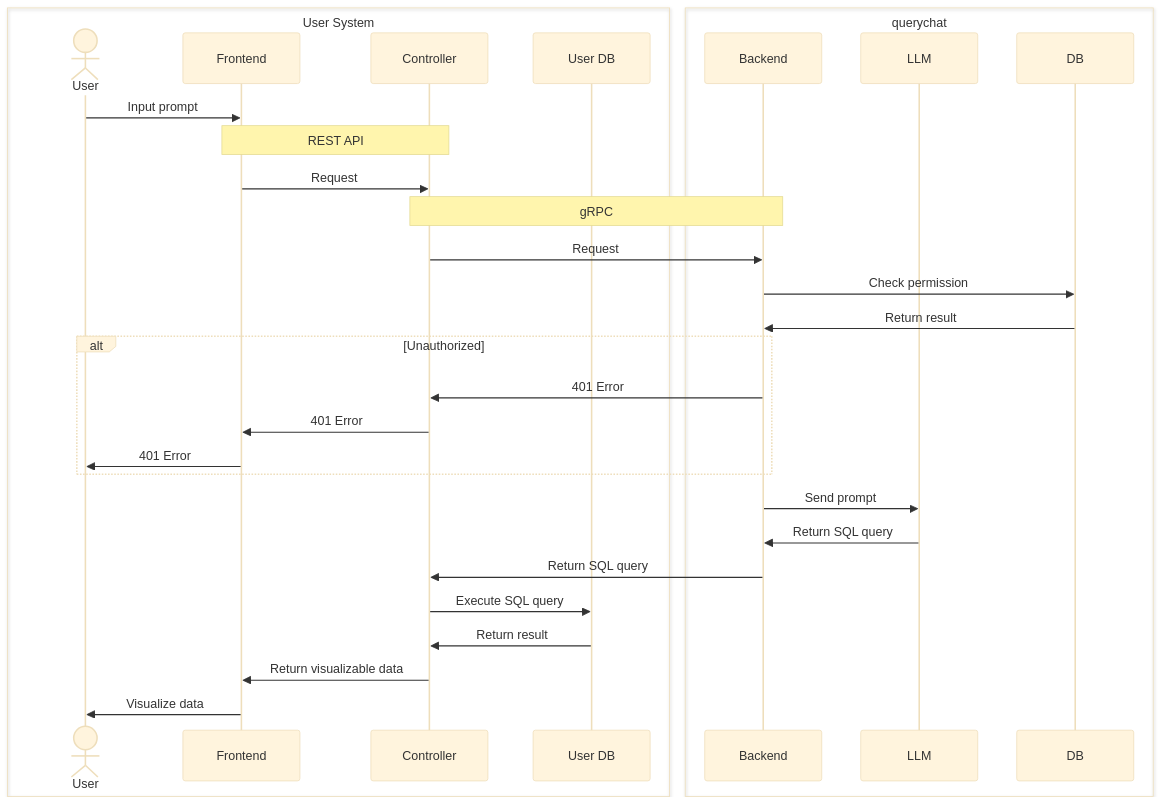
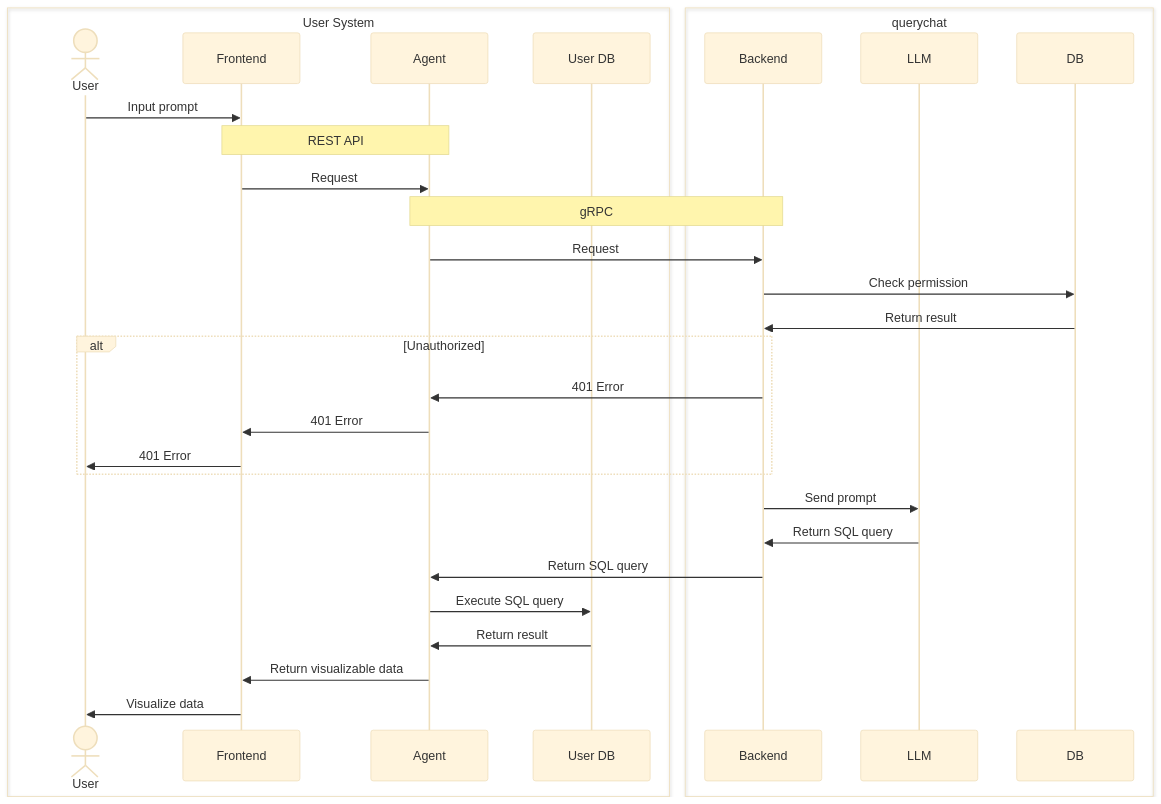
The diagram in README.md (rihib/querytalk), drawn with Mermaid (base theme) before and after one commit. The commit also changed 23 other files, not shown here.

Commit message:
fix: rename controller to agent

````diff
--- a/README.md
+++ b/README.md
@@ -5,34 +5,34 @@
 ```mermaid
 sequenceDiagram
   box User System
     actor User
     participant Frontend
-    participant Controller
+    participant Agent
     participant User DB
   end
   box querychat
     participant Backend
     participant LLM
     participant DB
   end
 
   User ->> Frontend: Input prompt
-  Note over Frontend, Controller: REST API
-  Frontend ->> Controller: Request
-  Note over Controller, Backend: gRPC
-  Controller ->> Backend: Request
+  Note over Frontend, Agent: REST API
+  Frontend ->> Agent: Request
+  Note over Agent, Backend: gRPC
+  Agent ->> Backend: Request
   Backend ->> DB: Check permission
   DB ->> Backend: Return result
   alt Unauthorized
-    Backend ->> Controller: 401 Error
-    Controller ->> Frontend: 401 Error
+    Backend ->> Agent: 401 Error
+    Agent ->> Frontend: 401 Error
     Frontend ->> User: 401 Error
   end
   Backend ->> LLM: Send prompt
   LLM ->> Backend: Return SQL query
-  Backend ->> Controller: Return SQL query
-  Controller ->> User DB: Execute SQL query
-  User DB ->> Controller: Return result
-  Controller ->> Frontend: Return visualizable data
+  Backend ->> Agent: Return SQL query
+  Agent ->> User DB: Execute SQL query
+  User DB ->> Agent: Return result
+  Agent ->> Frontend: Return visualizable data
   Frontend ->> User: Visualize data
 ```
````
